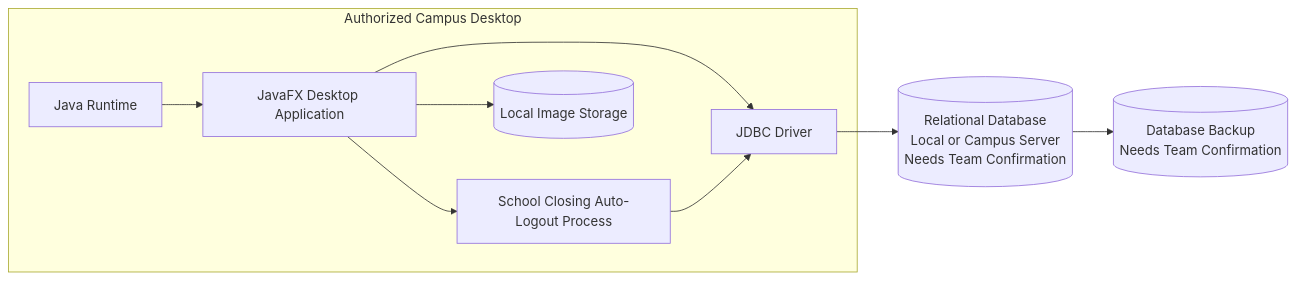
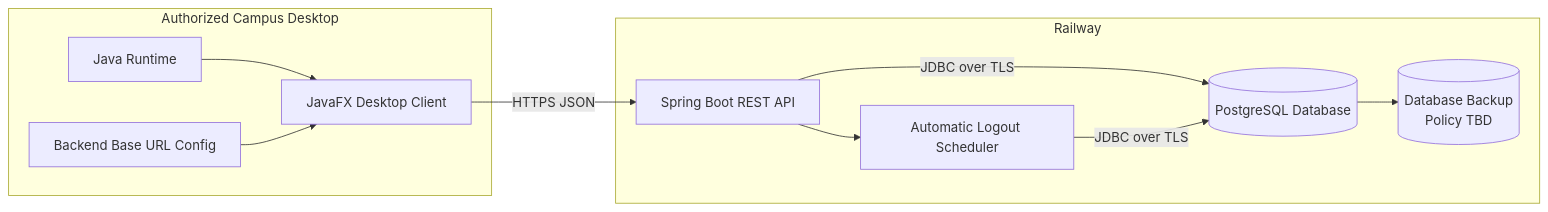
One commit to isnotfred/javafx-byod-client changed the diagram in docs/architecture/diagrams/mermaid/deployment-view.mmd. Above: the diagram before and after it, drawn with Mermaid. The commit also changed 55 other files, not shown here.

Commit message:
Update system analysis and architecture documentation

```diff
--- a/docs/architecture/diagrams/mermaid/deployment-view.mmd
+++ b/docs/architecture/diagrams/mermaid/deployment-view.mmd
@@ -1,19 +1,21 @@
 flowchart LR
     subgraph Desktop["Authorized Campus Desktop"]
         Runtime["Java Runtime"]
-        App["JavaFX Desktop Application"]
-        Scheduler["School Closing Auto-Logout Process"]
-        Driver["JDBC Driver"]
-        Images[("Local Image Storage")]
-        Runtime --> App
-        App --> Scheduler
-        App --> Driver
-        Scheduler --> Driver
-        App --> Images
+        Frontend["JavaFX Desktop Client"]
+        Config["Backend Base URL Config"]
+        Runtime --> Frontend
+        Config --> Frontend
     end
 
-    DB[("Relational Database\nLocal or Campus Server\nNeeds Team Confirmation")]
-    Backup[("Database Backup\nNeeds Team Confirmation")]
+    subgraph Railway["Railway"]
+        Backend["Spring Boot REST API"]
+        Scheduler["Automatic Logout Scheduler"]
+        DB[("PostgreSQL Database")]
+        Backup[("Database Backup\nPolicy TBD")]
+        Backend --> Scheduler
+        Backend -->|"JDBC over TLS"| DB
+        Scheduler -->|"JDBC over TLS"| DB
+        DB --> Backup
+    end
 
-    Driver --> DB
-    DB --> Backup
+    Frontend -->|"HTTPS JSON"| Backend
```
